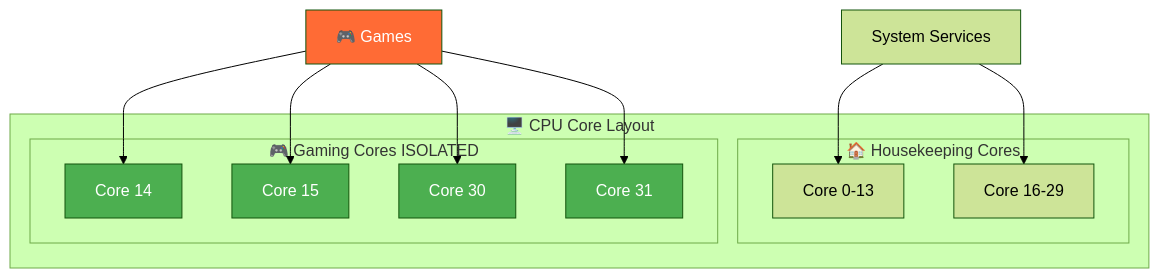
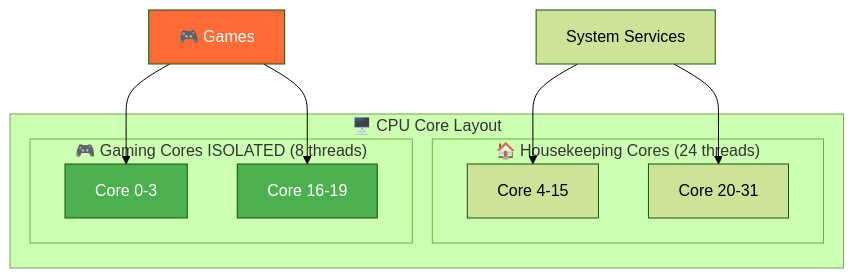
Before and after one commit to neg-serg/nixos-config: the fifth of 5 diagrams in README.md, drawn with Mermaid (forest theme). The commit also changed other lines of this file and 1 other file, not shown here.

Commit message:
[docs] Update stale CPU core references after gaming pinning rebalance

````diff
--- a/README.md
+++ b/README.md
@@ -443,28 +443,22 @@
 ```mermaid
 graph TB
     subgraph "🖥️ CPU Core Layout"
-        subgraph "🏠 Housekeeping Cores"
-            A[Core 0-13]
-            B[Core 16-29]
+        subgraph "🏠 Housekeeping Cores (24 threads)"
+            A[Core 4-15]
+            B[Core 20-31]
         end
-        subgraph "🎮 Gaming Cores ISOLATED"
-            C[Core 14]
-            D[Core 15]
-            E[Core 30]
-            F[Core 31]
+        subgraph "🎮 Gaming Cores ISOLATED (8 threads)"
+            C[Core 0-3]
+            D[Core 16-19]
         end
     end
     
     G[System Services] --> A
     G --> B
     H[🎮 Games] --> C
     H --> D
-    H --> E
-    H --> F
     
     style C fill:#4CAF50,color:#fff
     style D fill:#4CAF50,color:#fff
-    style E fill:#4CAF50,color:#fff
-    style F fill:#4CAF50,color:#fff
     style H fill:#FF6B35,color:#fff
 ```
````
